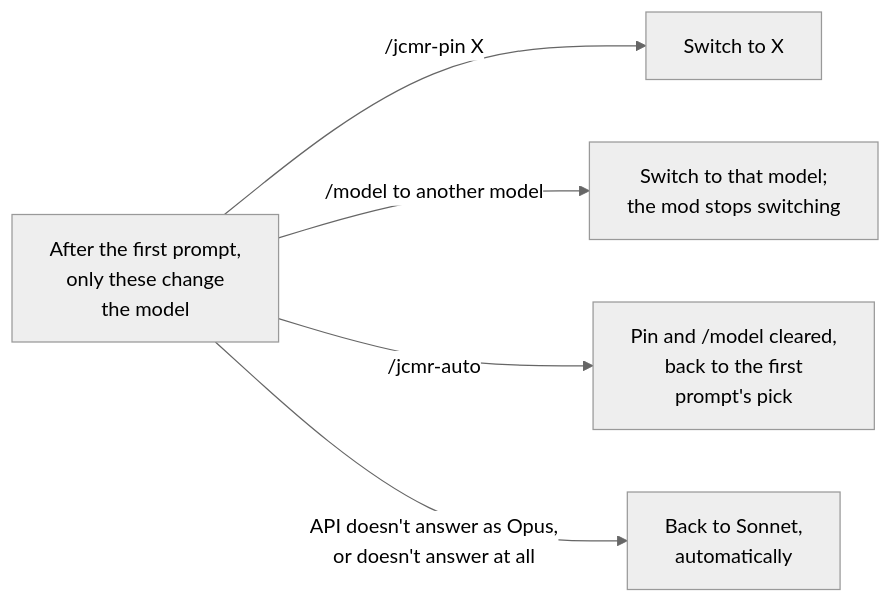
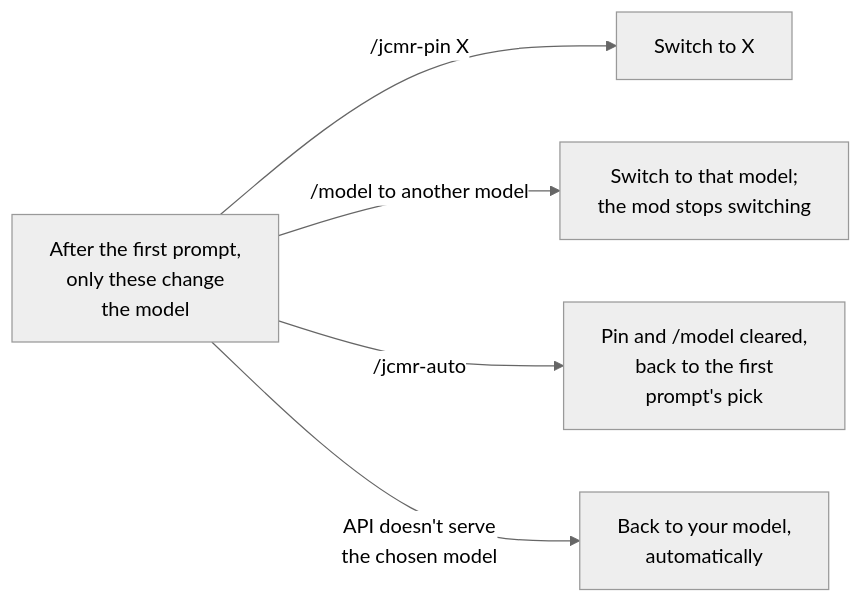
One commit to KevinYu1580/jcGearbox changed the second of 3 diagrams in README.md. Above: the diagram before and after it, drawn with Mermaid (neutral theme). The commit also changed other lines of this file and 2 other files, not shown here.

First line of the commit message:
docs(readme): 新增解決問題說明，流程圖不寫死 model 名稱

````diff
--- a/README.md
+++ b/README.md
@@ -55,8 +59,8 @@
 ```mermaid
 flowchart LR
     C["After the first prompt,<br/>only these change<br/>the model"]
     C -->|"/jcmr-pin X"| X["Switch to X"]
     C -->|"/model to another model"| U["Switch to that model;<br/>the mod stops switching"]
     C -->|"/jcmr-auto"| A["Pin and /model cleared,<br/>back to the first<br/>prompt's pick"]
-    C -->|"API doesn't answer as Opus,<br/>or doesn't answer at all"| S["Back to Sonnet,<br/>automatically"]
+    C -->|"API doesn't serve<br/>the chosen model"| S["Back to your model,<br/>automatically"]
 ```
````
